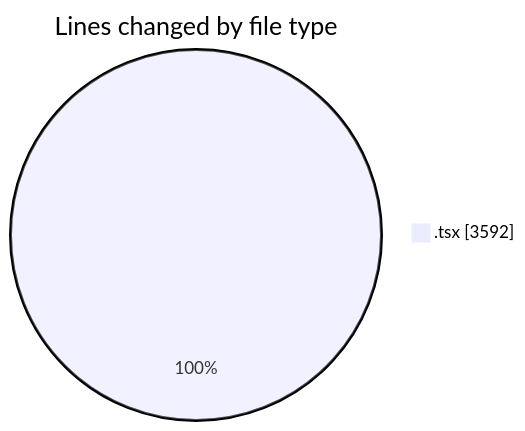
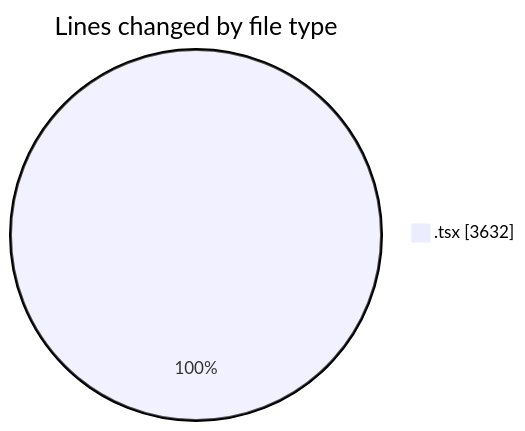
Before and after one commit to nxtqubesakshisongat/code-tracking: the first of 2 diagrams in 2026-04-09/airfeed-analytics-dashboard/README.md, drawn with Mermaid. The commit also changed other lines of this file and 1 other file, not shown here.

````diff
--- a/2026-04-09/airfeed-analytics-dashboard/README.md
+++ b/2026-04-09/airfeed-analytics-dashboard/README.md
@@ -29,5 +29,5 @@
 ```mermaid
 pie showData
 title Lines changed by file type
-".tsx" : 3592
+".tsx" : 3632
 ```
````
